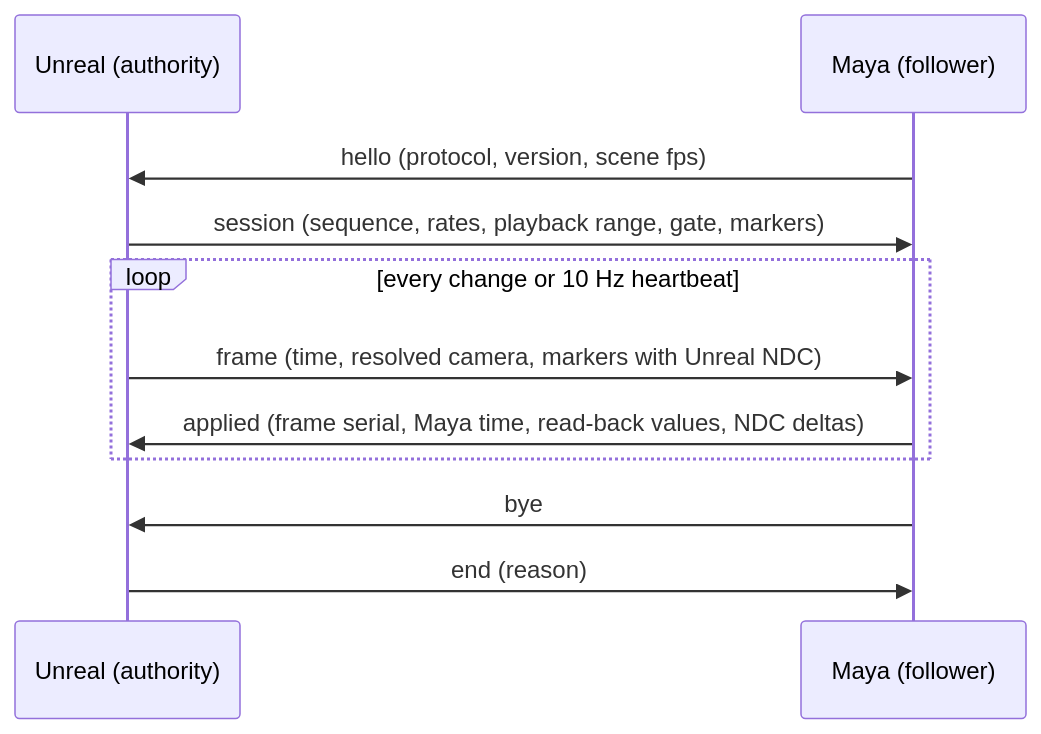
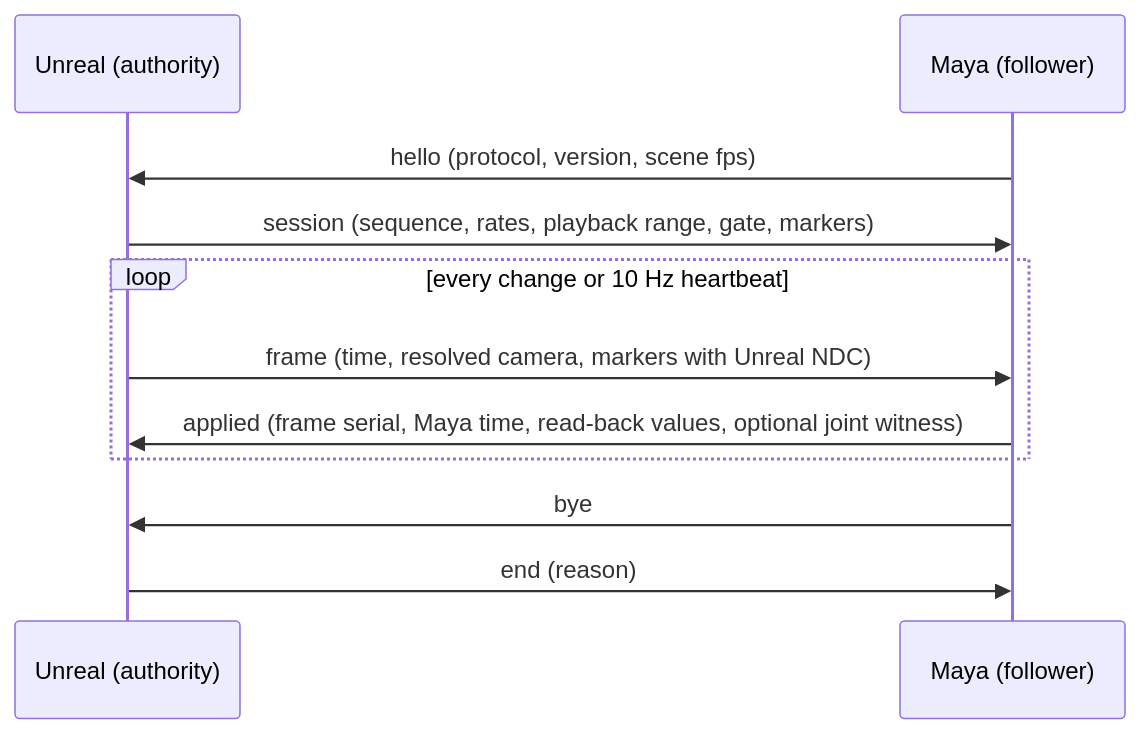
The diagram in composite/MtoULiveLink/prototypes/camera-sync/README.md (Alexis-Li/Alexis_Script_Plugin_Package), drawn with Mermaid before and after one commit. The commit also changed other lines of this file and 17 other files, not shown here.

First line of the commit message:
test(mtou): verify the editor Sequencer pose loop for camera sync (#52)

````diff
--- a/composite/MtoULiveLink/prototypes/camera-sync/README.md
+++ b/composite/MtoULiveLink/prototypes/camera-sync/README.md
@@ -24,13 +26,13 @@
 ```mermaid
 sequenceDiagram
     participant UE as Unreal (authority)
     participant MA as Maya (follower)
     MA->>UE: hello (protocol, version, scene fps)
     UE->>MA: session (sequence, rates, playback range, gate, markers)
     loop every change or 10 Hz heartbeat
         UE->>MA: frame (time, resolved camera, markers with Unreal NDC)
-        MA->>UE: applied (frame serial, Maya time, read-back values, NDC deltas)
+        MA->>UE: applied (frame serial, Maya time, read-back values, optional joint witness)
     end
     MA->>UE: bye
     UE->>MA: end (reason)
 ```
````
